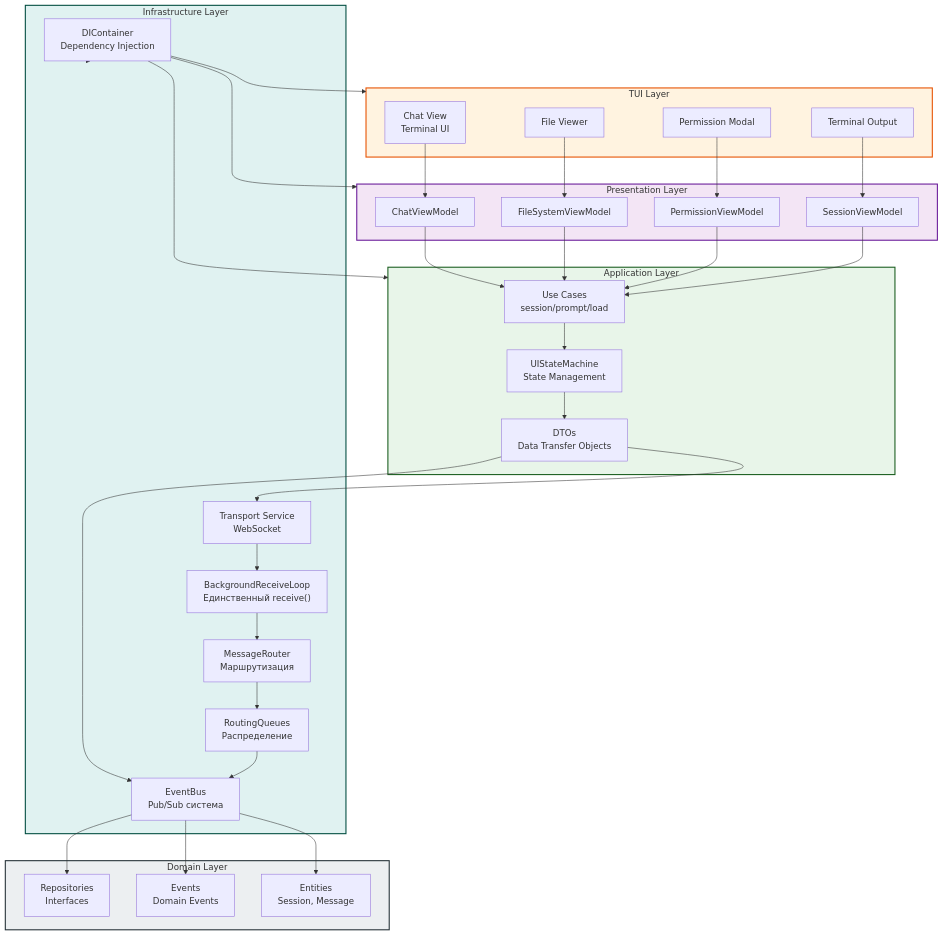
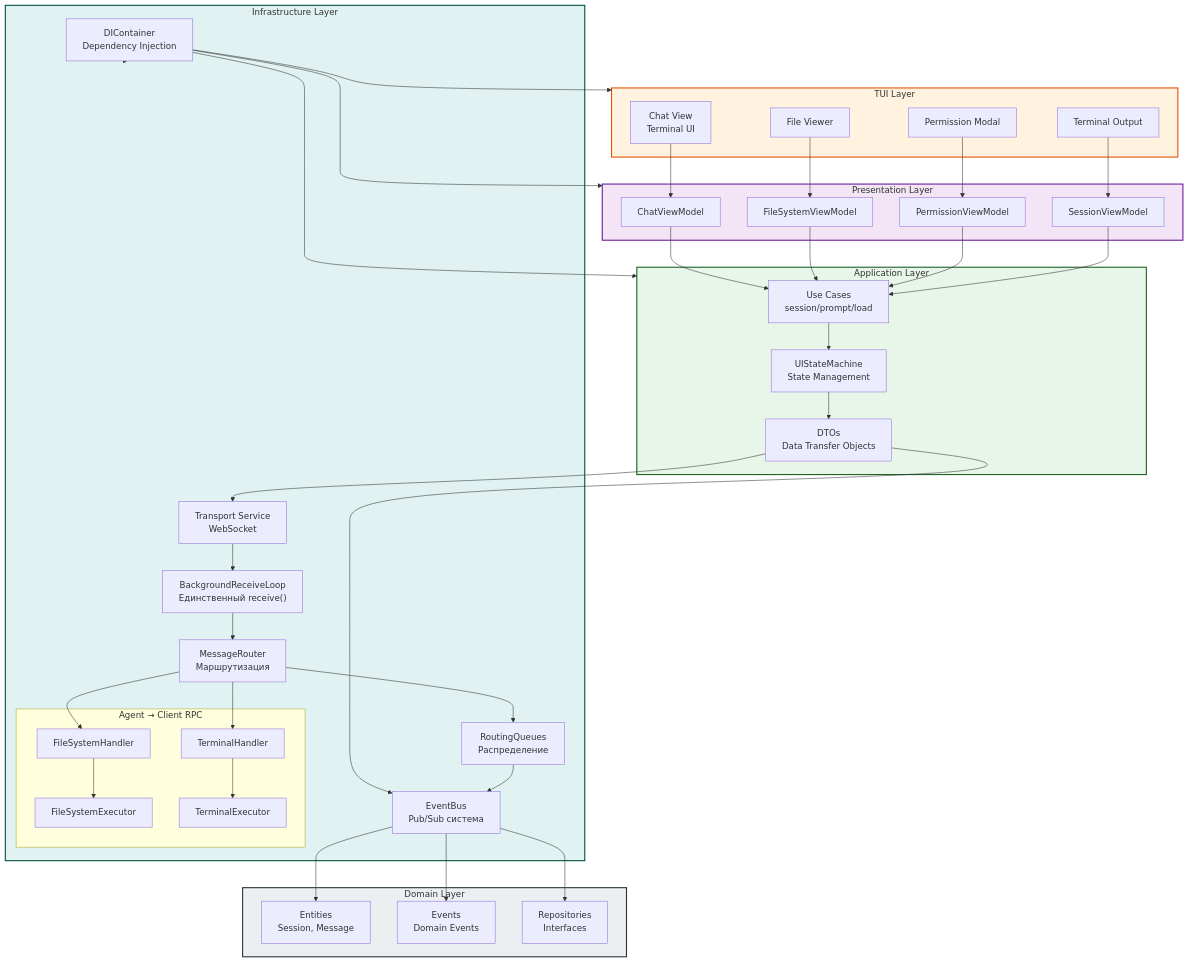
One commit to pese-git/acp-workspace changed the third of 11 diagrams in ARCHITECTURE.md. Above: the diagram before and after it, drawn with Mermaid.

Commit message:
docs: обновление диаграммы acp-client с handlers/executors для Agent→Client RPC

```diff
--- a/ARCHITECTURE.md
+++ b/ARCHITECTURE.md
@@ -169,6 +169,13 @@
         Queues["RoutingQueues<br/>Распределение"]
         EventBus["EventBus<br/>Pub/Sub система"]
         DI["DIContainer<br/>Dependency Injection"]
+        
+        subgraph AgentRPC["Agent → Client RPC"]
+            FSHandler["FileSystemHandler"]
+            TermHandler["TerminalHandler"]
+            FSExec["FileSystemExecutor"]
+            TermExec["TerminalExecutor"]
+        end
     end
     
     subgraph Domain["Domain Layer"]
@@ -198,6 +205,11 @@
     Router --> Queues
     Queues --> EventBus
     
+    Router --> FSHandler
+    Router --> TermHandler
+    FSHandler --> FSExec
+    TermHandler --> TermExec
+    
     EventBus --> Entities
     EventBus --> Events
     EventBus --> Repos
```
